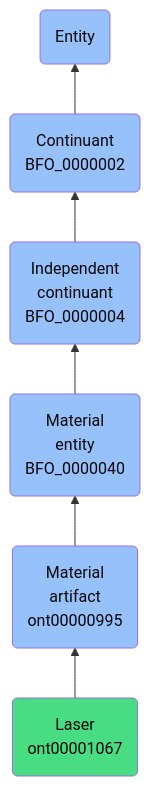
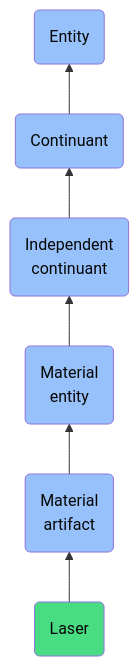
Before and after one commit to jupyter-naas/abi: the diagram in docs/ontology/reference/model/Entity/Continuant/Independent continuant/Material entity/Material artifact/Laser/Laser.md, drawn with Mermaid. The commit also changed other lines of this file and 1430 other files, not shown here.

````diff
--- a/docs/ontology/reference/model/Entity/Continuant/Independent continuant/Material entity/Material artifact/Laser/Laser.md
+++ b/docs/ontology/reference/model/Entity/Continuant/Independent continuant/Material entity/Material artifact/Laser/Laser.md
@@ -24,13 +24,13 @@
 ```mermaid
 graph BT
-    ont00001067(Laser<br>ont00001067):::ABI-->ont00000995
-    ont00000995(Material<br>artifact<br>ont00000995):::BFO-->BFO_0000040
-    BFO_0000040(Material<br>entity<br>BFO_0000040):::BFO-->BFO_0000004
-    BFO_0000004(Independent<br>continuant<br>BFO_0000004):::BFO-->BFO_0000002
-    BFO_0000002(Continuant<br>BFO_0000002):::BFO-->BFO_0000001
+    ont00001067(Laser):::ABI-->ont00000995
+    ont00000995(Material<br>artifact):::BFO-->BFO_0000040
+    BFO_0000040(Material<br>entity):::BFO-->BFO_0000004
+    BFO_0000004(Independent<br>continuant):::BFO-->BFO_0000002
+    BFO_0000002(Continuant):::BFO-->BFO_0000001
     BFO_0000001(Entity):::BFO
     
     classDef BFO fill:#97c1fb,color:#060606
     classDef CCO fill:#e4c51e,color:#060606
     classDef ABI fill:#48DD82,color:#060606
 ```
````
